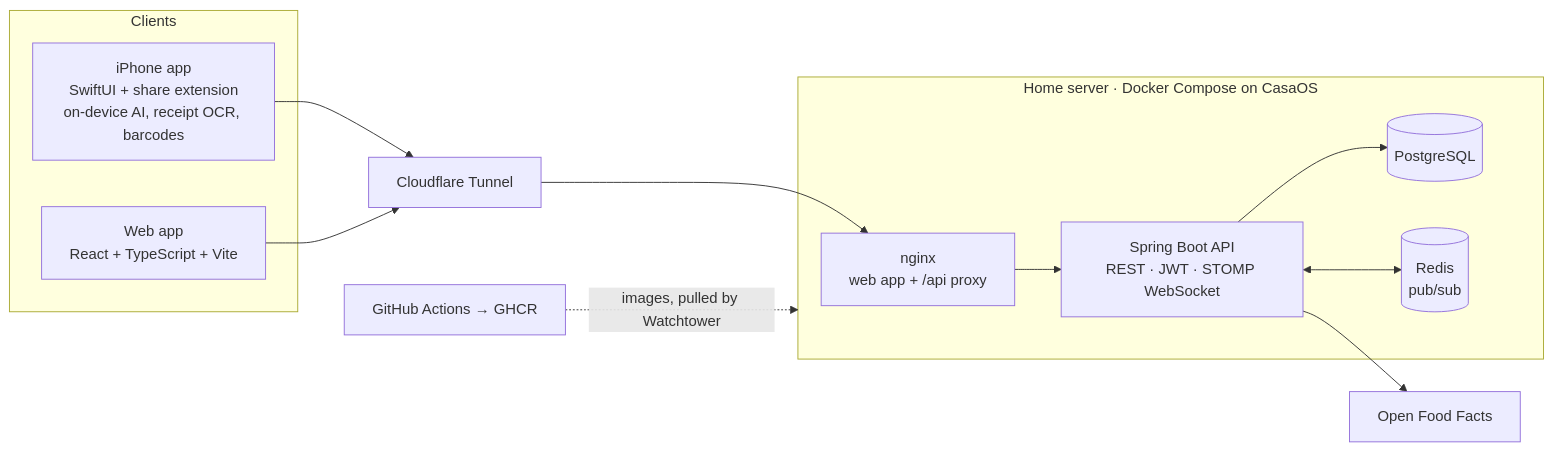
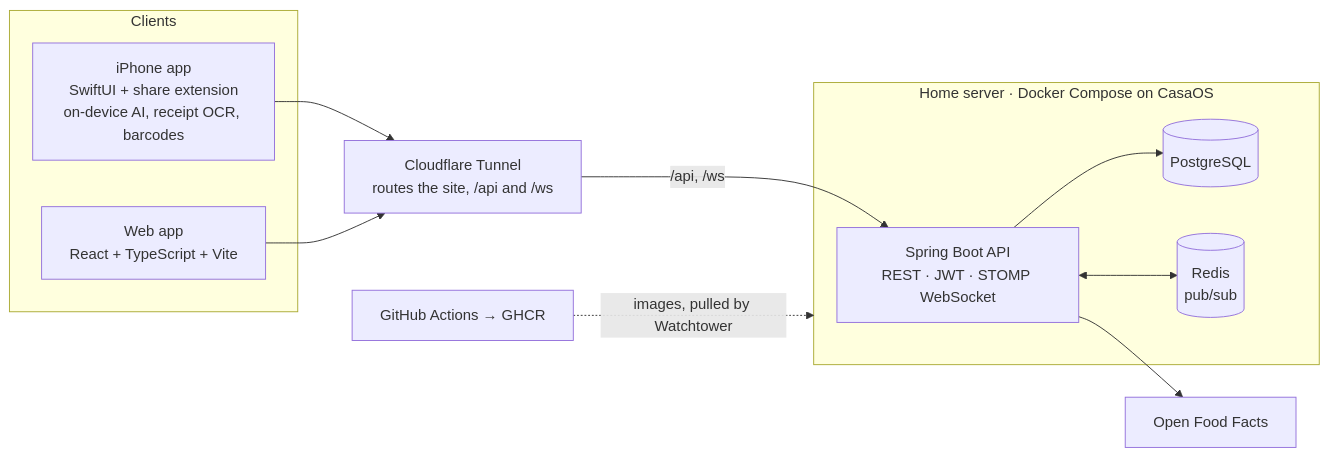
Before and after one commit to rjgehan/Waxwing: the diagram in README.md, drawn with Mermaid. The commit also changed other lines of this file, not shown here.

Commit message:
Drop nginx from the README: Cloudflare routes /api and /ws to the backend

````diff
--- a/README.md
+++ b/README.md
@@ -56,24 +56,23 @@
 ```mermaid
 flowchart LR
     subgraph Clients
         iOS["iPhone app<br/>SwiftUI + share extension<br/>on-device AI, receipt OCR, barcodes"]
         Web["Web app<br/>React + TypeScript + Vite"]
     end
     subgraph Home["Home server · Docker Compose on CasaOS"]
-        Front["nginx<br/>web app + /api proxy"]
         API["Spring Boot API<br/>REST · JWT · STOMP WebSocket"]
         PG[("PostgreSQL")]
         Redis[("Redis<br/>pub/sub")]
     end
-    CF["Cloudflare Tunnel"]
+    CF["Cloudflare Tunnel<br/>routes the site, /api and /ws"]
     OFF["Open Food Facts"]
     GH["GitHub Actions → GHCR"]
 
     iOS --> CF
     Web --> CF
-    CF --> Front --> API
+    CF -- "/api, /ws" --> API
     API --> PG
     API <--> Redis
     API --> OFF
     GH -. images, pulled by Watchtower .-> Home
 ```
````
